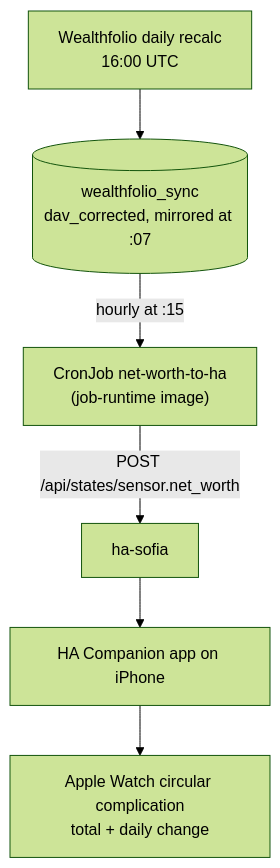
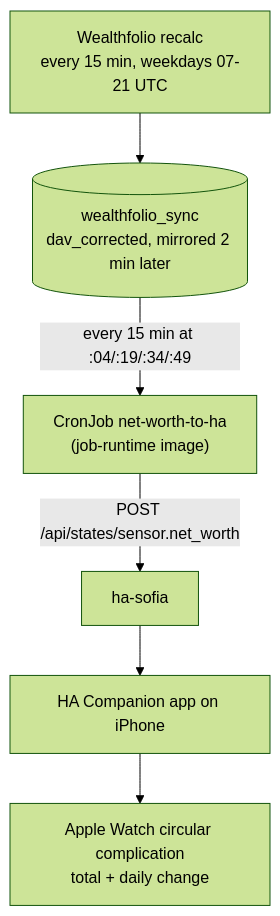
Before and after one commit to ViktorBarzin/infra: the diagram in docs/adr/0034-net-worth-reaches-the-watch-through-ha.md, drawn with Mermaid (forest theme). The commit also changed other lines of this file and 3 other files, not shown here.

First line of the commit message:
wealthfolio: refresh net worth every 15 min in market hours

````diff
--- a/docs/adr/0034-net-worth-reaches-the-watch-through-ha.md
+++ b/docs/adr/0034-net-worth-reaches-the-watch-through-ha.md
@@ -38,8 +40,8 @@
 ```mermaid
 flowchart TD
-  WF["Wealthfolio daily recalc<br/>16:00 UTC"] --> PG[("wealthfolio_sync<br/>dav_corrected, mirrored at :07")]
-  PG -->|"hourly at :15"| CJ["CronJob net-worth-to-ha<br/>(job-runtime image)"]
+  WF["Wealthfolio recalc<br/>every 15 min, weekdays 07-21 UTC"] --> PG[("wealthfolio_sync<br/>dav_corrected, mirrored 2 min later")]
+  PG -->|"every 15 min at :04/:19/:34/:49"| CJ["CronJob net-worth-to-ha<br/>(job-runtime image)"]
   CJ -->|"POST /api/states/sensor.net_worth"| HA["ha-sofia"]
   HA --> APP["HA Companion app on iPhone"]
   APP --> W["Apple Watch circular complication<br/>total + daily change"]
 ```
````
